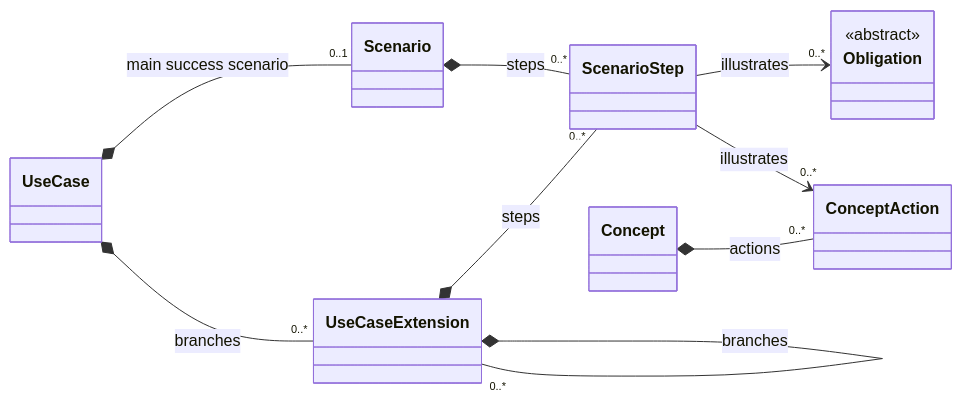
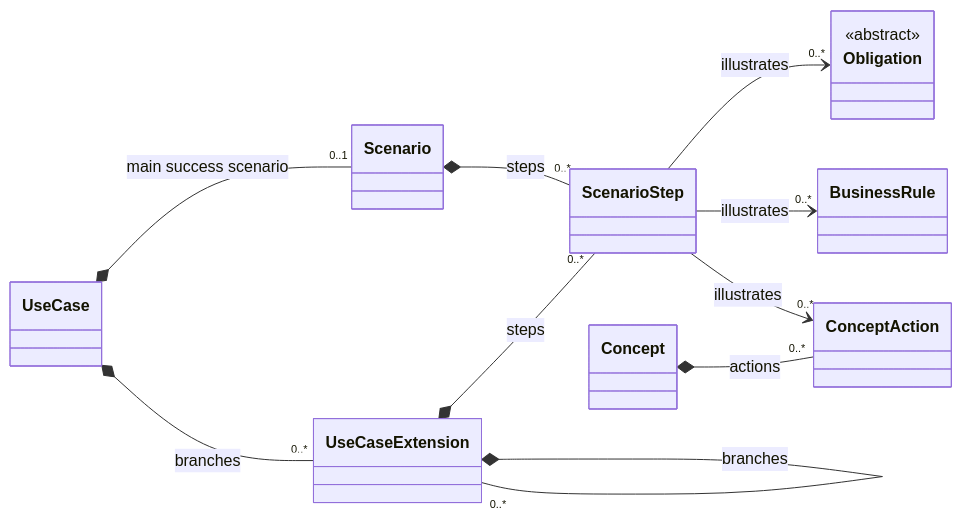
Before and after one commit to craigsmitham/dotspec: the ninth of 18 diagrams in docs/reference/model/core.md, drawn with Mermaid. The commit also changed other lines of this file and 139 other files, not shown here.

````diff
--- a/docs/reference/model/core.md
+++ b/docs/reference/model/core.md
@@ -205,20 +205,22 @@
 ```mermaid
 classDiagram
     direction LR
     class UseCase
     class Scenario
     class ScenarioStep
     class UseCaseExtension
     class Concept
     class ConceptAction
     class Obligation
     <<abstract>> Obligation
+    class BusinessRule
     UseCase *-- "0..1" Scenario : main success scenario
     UseCase *-- "0..*" UseCaseExtension : branches
     Scenario *-- "0..*" ScenarioStep : steps
     UseCaseExtension *-- "0..*" ScenarioStep : steps
     UseCaseExtension *-- "0..*" UseCaseExtension : branches
     Concept *-- "0..*" ConceptAction : actions
     ScenarioStep --> "0..*" Obligation : illustrates
+    ScenarioStep --> "0..*" BusinessRule : illustrates
     ScenarioStep --> "0..*" ConceptAction : illustrates
 ```
````
